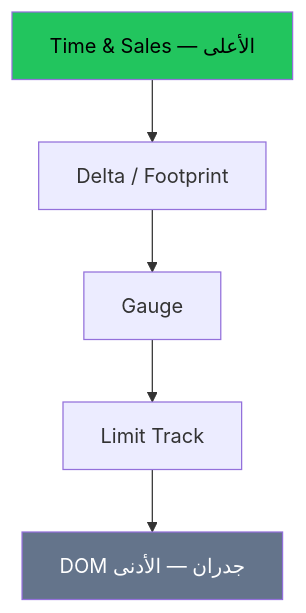
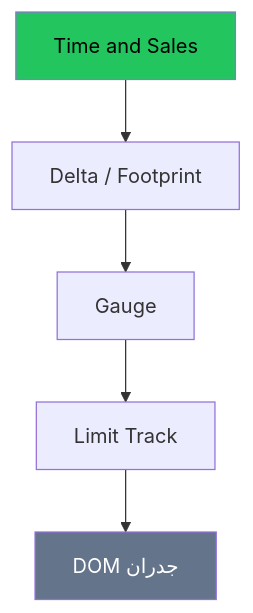
The diagram in docs/academy/visual/08-orderflow.md (saudmoto6868-oss/ai-trading-dashboard), drawn with Mermaid before and after one commit. The commit also changed other lines of this file and 11 other files, not shown here.

````diff
--- a/docs/academy/visual/08-orderflow.md
+++ b/docs/academy/visual/08-orderflow.md
@@ -11,9 +11,9 @@
 ```mermaid
 flowchart TB
-  T["Time & Sales — الأعلى"] --> D["Delta / Footprint"]
-  D --> G["Gauge"]
-  G --> L["Limit Track"]
-  L --> DOM["DOM جدران — الأدنى"]
+  T["Time and Sales"] --> F["Delta / Footprint"]
+  F --> G["Gauge"]
+  G --> LT["Limit Track"]
+  LT --> D["DOM جدران"]
   style T fill:#22c55e,color:#000
-  style DOM fill:#64748b,color:#fff
+  style D fill:#64748b,color:#fff
 ```
````
